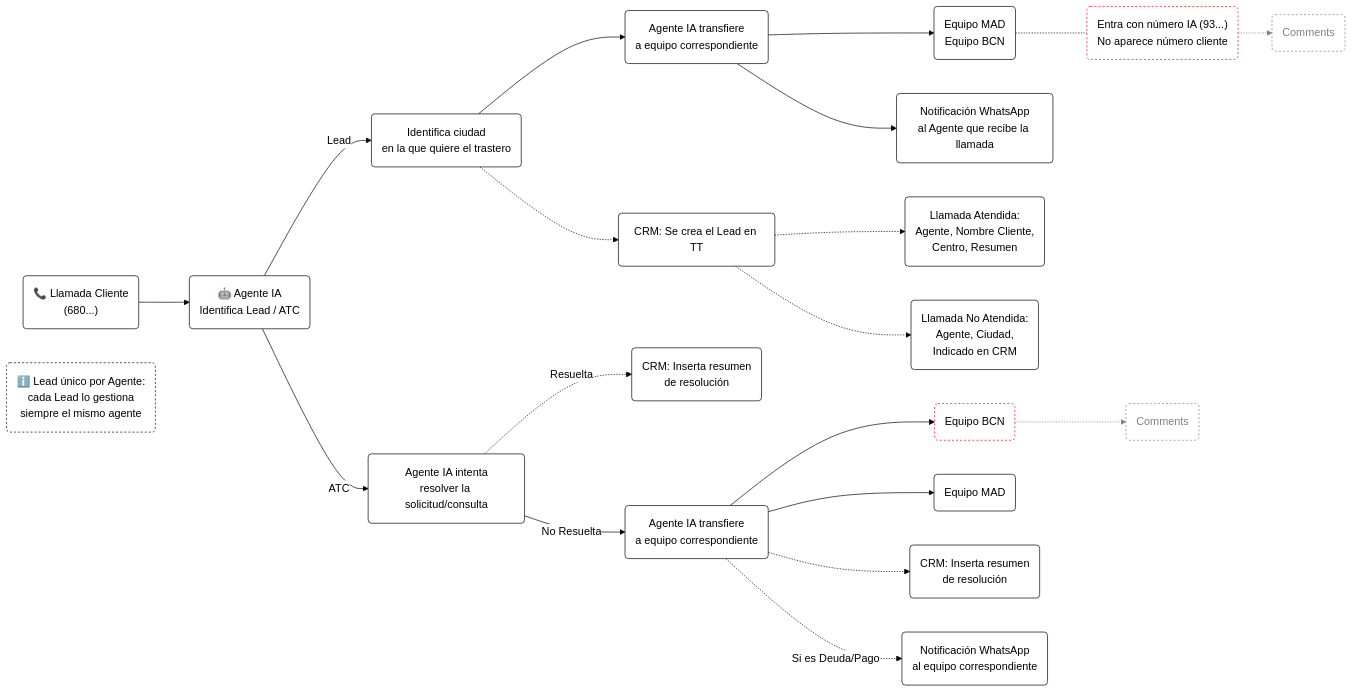
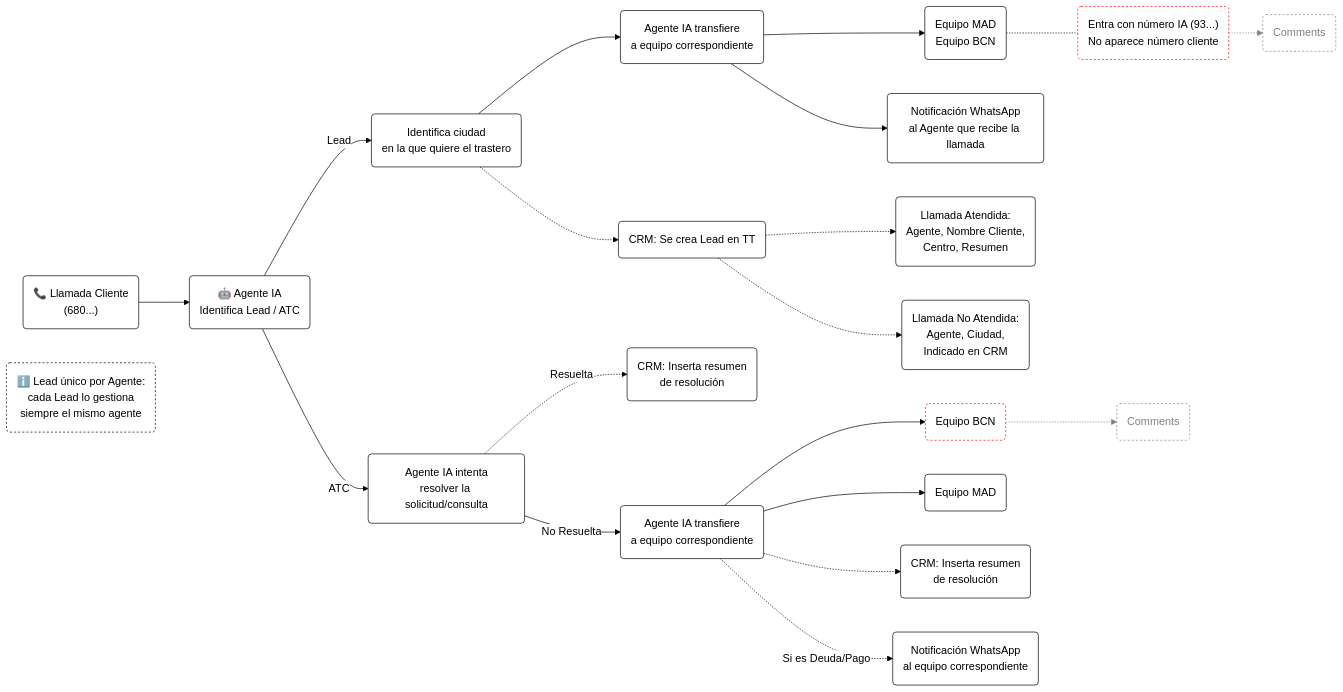
The diagram in flujo_en_horario (1).md (Fblanchete/Agente-IA), drawn with Mermaid before and after one commit.

Commit message:
Update flujo_en_horario (1).md

````diff
--- a/flujo_en_horario (1).md
+++ b/flujo_en_horario (1).md
@@ -3,38 +3,38 @@
 ```mermaid
 %%{init: {'theme': 'base', 'themeVariables': { 'fontFamily': 'Arial', 'background': '#FFFFFF', 'primaryColor': '#FFFFFF', 'primaryBorderColor': '#000000', 'primaryTextColor': '#000000', 'lineColor': '#000000', 'secondaryColor': '#FFFFFF', 'tertiaryColor': '#FFFFFF'}}}%%
 flowchart LR
     A1("📞 Llamada Cliente<br/>(680...)") --> A2("🤖 Agente IA<br/>Identifica Lead / ATC")
 
     A2 -->|Lead| L1("Identifica ciudad<br/>en la que quiere el trastero")
     L1 --> L2("Agente IA transfiere<br/>a equipo correspondiente")
-    L1 -.-> CRM1("CRM: Se crea el Lead en TT")
+    L1 -.-> CRM1("CRM: Se crea Lead en TT")
     L4 -.- L3("Entra con número IA (93...)<br/>No aparece número cliente")
     L2 --> L4("Equipo MAD<br/>Equipo BCN")
     L2 --> L5("Notificación WhatsApp<br/>al Agente que recibe la llamada")
     CRM1 -.-> LA("Llamada Atendida:<br/>Agente, Nombre Cliente,<br/>Centro, Resumen")
     CRM1 -.-> LNA("Llamada No Atendida:<br/>Agente, Ciudad,<br/>Indicado en CRM")
 
     A2 -->|ATC| T1("Agente IA intenta<br/>resolver la solicitud/consulta")
     T1 -.->|Resuelta| CRM2("CRM: Inserta resumen<br/>de resolución")
     T1 -->|No Resuelta| T2("Agente IA transfiere<br/>a equipo correspondiente")
     T2 --> T3("Equipo BCN")
     T2 --> T4("Equipo MAD")
     T2 -.-> CRM3("CRM: Inserta resumen<br/>de resolución")
     T2 -.->|Si es Deuda/Pago| WA1("Notificación WhatsApp<br/>al equipo correspondiente")
 
     N0("ℹ️ Lead único por Agente:<br/>cada Lead lo gestiona<br/>siempre el mismo agente")
 
     L3 -.-> L3C("Comments")
     T3 -.-> T3C("Comments")
 
     classDef todos fill:#FFFFFF,stroke:#000000,color:#000000
     classDef nota fill:#FFFFFF,stroke:#000000,color:#000000,stroke-dasharray: 3 3
     classDef bcn fill:#FFFFFF,stroke:#FF0000,color:#000000,stroke-dasharray: 3 3
     classDef comment fill:#FFFFFF,stroke:#808080,color:#808080,stroke-dasharray: 3 3
     class A1,A2,L1,L2,L4,L5,LA,LNA,CRM1,CRM2,CRM3,T1,T2,T4,WA1 todos
     class N0 nota
     class L3,T3 bcn
     class L3C,T3C comment
     linkStyle 16 stroke:#808080,stroke-width:1px
     linkStyle 17 stroke:#808080,stroke-width:1px
 ```
````
